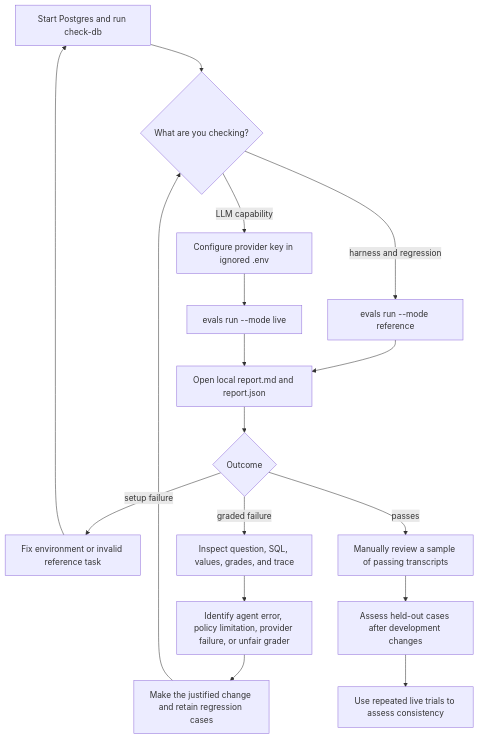
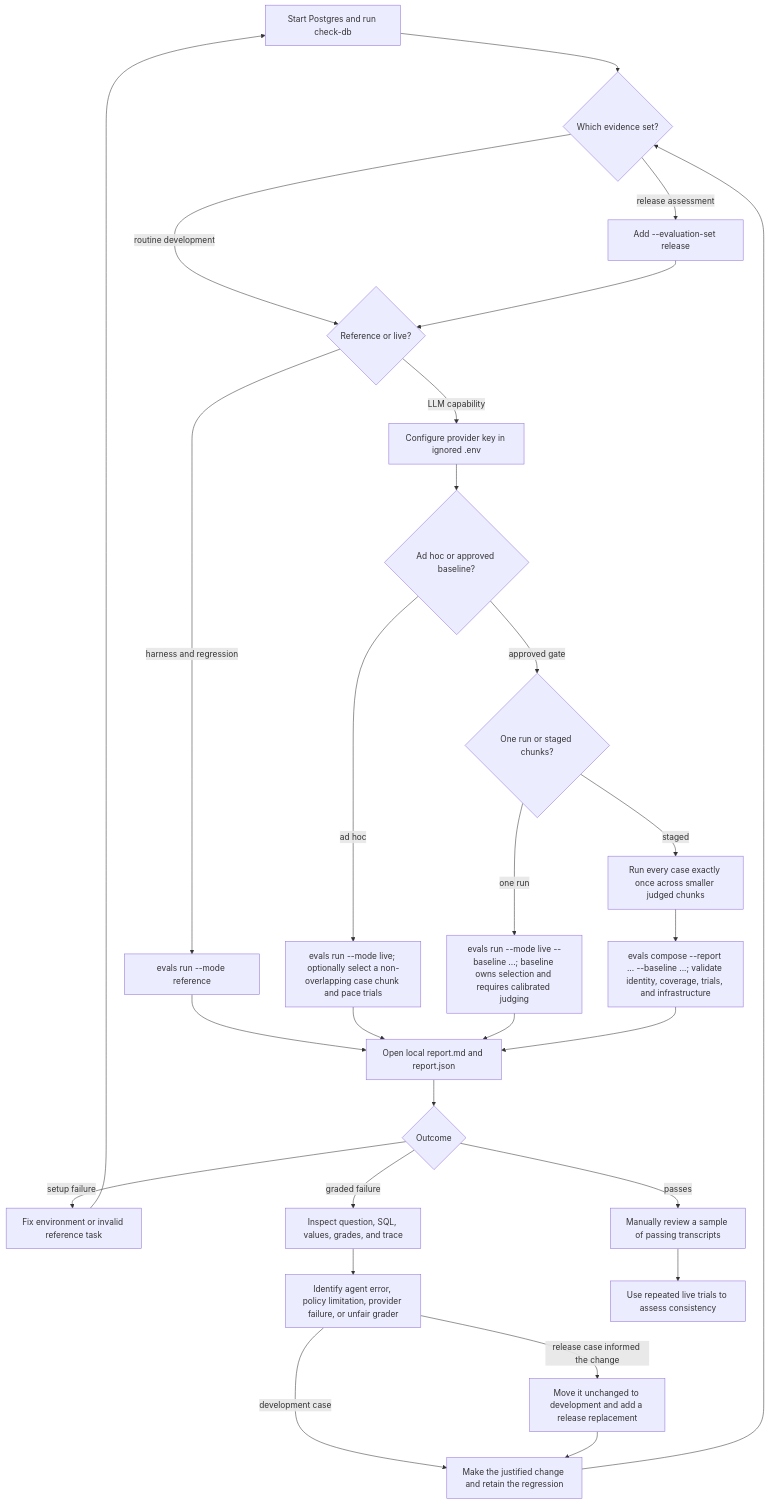
One commit to arpan-artisan/QueryForge changed the eighth of 8 diagrams in docs/architecture-diagrams.md. Above: the diagram before and after it, drawn with Mermaid. The commit also changed other lines of this file and 137 other files, not shown here.

````diff
--- a/docs/architecture-diagrams.md
+++ b/docs/architecture-diagrams.md
@@ -755,19 +861,30 @@
 ```mermaid
 flowchart TD
-    start["Start Postgres and run check-db"] --> choose{"What are you checking?"}
+    start["Start Postgres and run check-db"] --> evidence{"Which evidence set?"}
+    evidence -- routine development --> choose{"Reference or live?"}
+    evidence -- release assessment --> release["Add --evaluation-set release"]
+    release --> choose
     choose -- harness and regression --> reference["evals run --mode reference"]
     choose -- LLM capability --> key["Configure provider key in ignored .env"]
-    key --> live["evals run --mode live"]
+    key --> live_choice{"Ad hoc or approved baseline?"}
+    live_choice -- ad hoc --> live["evals run --mode live; optionally select a non-overlapping case chunk and pace trials"]
+    live_choice -- approved gate --> baseline_mode{"One run or staged chunks?"}
+    baseline_mode -- one run --> baseline_live["evals run --mode live --baseline ...; baseline owns selection and requires calibrated judging"]
+    baseline_mode -- staged --> chunks["Run every case exactly once across smaller judged chunks"]
+    chunks --> compose["evals compose --report ... --baseline ...; validate identity, coverage, trials, and infrastructure"]
     reference --> read["Open local report.md and report.json"]
     live --> read
+    baseline_live --> read
+    compose --> read
     read --> outcome{"Outcome"}
     outcome -- setup failure --> repair["Fix environment or invalid reference task"]
     repair --> start
     outcome -- graded failure --> inspect["Inspect question, SQL, values, grades, and trace"]
     inspect --> decide["Identify agent error, policy limitation, provider failure, or unfair grader"]
-    decide --> revise["Make the justified change and retain regression cases"]
-    revise --> choose
+    decide -- development case --> revise["Make the justified change and retain the regression"]
+    decide -- release case informed the change --> promote["Move it unchanged to development and add a release replacement"]
+    promote --> revise
+    revise --> evidence
     outcome -- passes --> sample["Manually review a sample of passing transcripts"]
-    sample --> heldout["Assess held-out cases after development changes"]
-    heldout --> repeat["Use repeated live trials to assess consistency"]
+    sample --> repeat["Use repeated live trials to assess consistency"]
 ```
````
